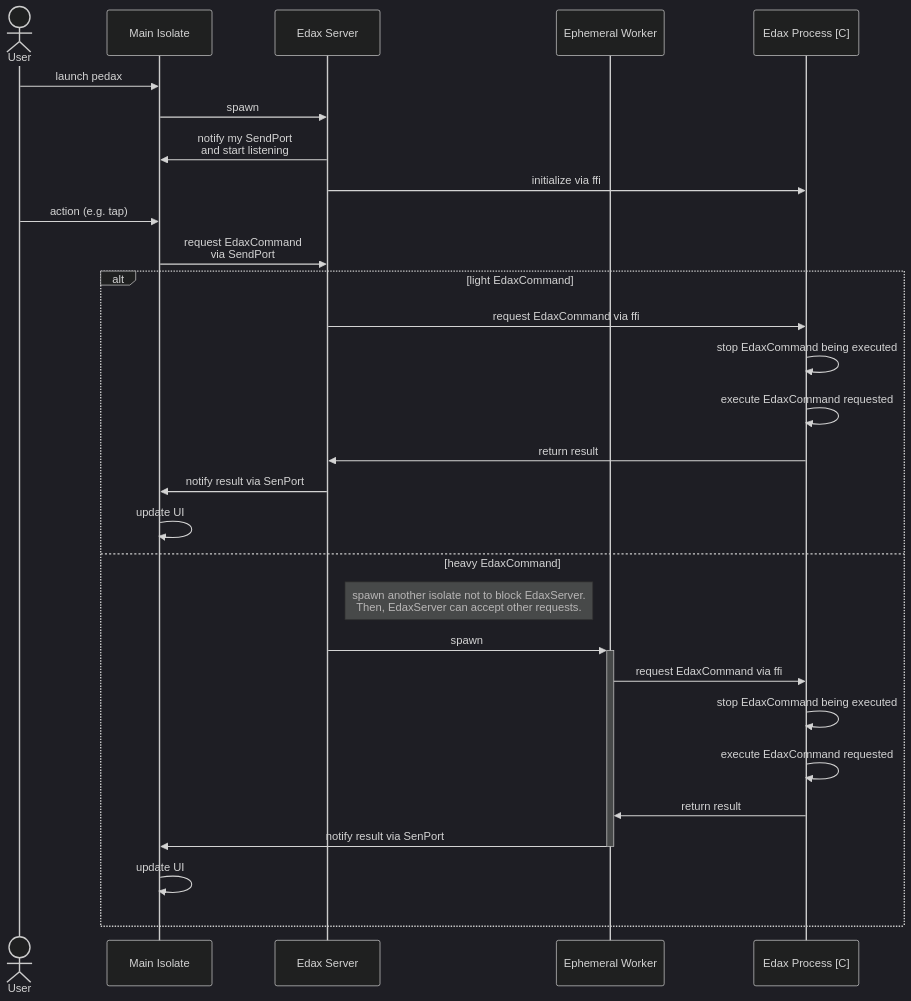
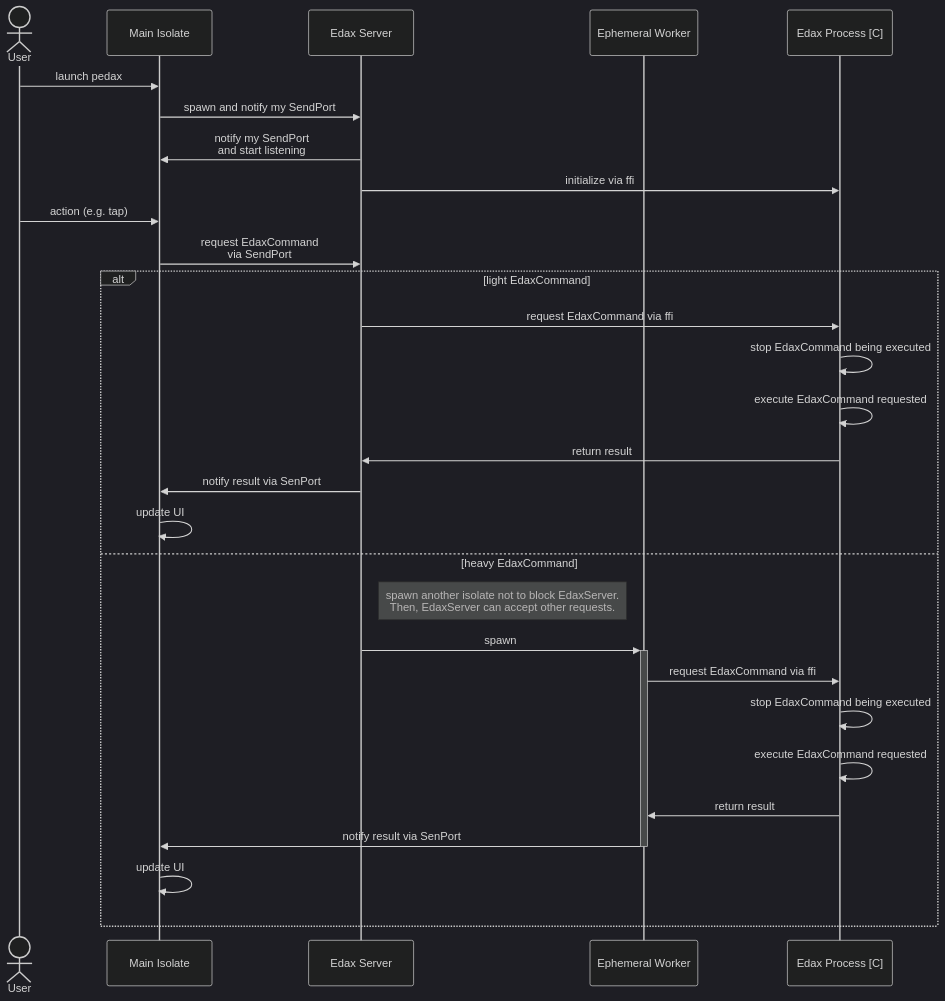
Before and after one commit to sensuikan1973/pedax: the diagram in README.md, drawn with Mermaid (dark theme).

````diff
--- a/README.md
+++ b/README.md
@@ -50,41 +50,41 @@
 ```mermaid
 %% https://mermaid-js.github.io/mermaid/#/sequenceDiagram
 sequenceDiagram
   actor User
   participant MainIsolate as Main Isolate
   participant EdaxServer as Edax Server
   participant EphemeralWorker as Ephemeral Worker
   participant EdaxProcess as Edax Process [C]
 
   link EdaxServer: source @ https://github.com/sensuikan1973/pedax/tree/main/lib/engine
   link EdaxServer: caller @ https://github.com/sensuikan1973/pedax/blob/main/lib/models/board_notifier.dart
   link EphemeralWorker: source @ https://github.com/sensuikan1973/pedax/tree/main/lib/engine
   link EdaxProcess: binding source (Dart) @ https://github.com/sensuikan1973/libedax4dart
   link EdaxProcess: origin source(C) @ https://github.com/sensuikan1973/edax-reversi/tree/libedax_sensuikan1973
 
   User ->> MainIsolate: launch pedax
-  MainIsolate ->> EdaxServer: spawn
+  MainIsolate ->> EdaxServer: spawn and notify my SendPort
   EdaxServer ->> MainIsolate: notify my SendPort<br/>and start listening
   EdaxServer ->> EdaxProcess: initialize via ffi
 
   User ->> MainIsolate: action (e.g. tap)
   MainIsolate ->> EdaxServer: request EdaxCommand<br/>via SendPort
 
   alt light EdaxCommand
     EdaxServer ->> EdaxProcess: request EdaxCommand via ffi
     EdaxProcess ->> EdaxProcess: stop EdaxCommand being executed
     EdaxProcess ->> EdaxProcess: execute EdaxCommand requested
     EdaxProcess ->> EdaxServer: return result
     EdaxServer ->> MainIsolate: notify result via SenPort
     MainIsolate ->> MainIsolate: update UI
   else heavy EdaxCommand
     note right of EdaxServer: spawn another isolate not to block EdaxServer.<br>Then, EdaxServer can accept other requests.
     EdaxServer ->>+ EphemeralWorker: spawn
     EphemeralWorker ->> EdaxProcess: request EdaxCommand via ffi
     EdaxProcess ->> EdaxProcess: stop EdaxCommand being executed
     EdaxProcess ->> EdaxProcess: execute EdaxCommand requested
     EdaxProcess ->> EphemeralWorker: return result
     EphemeralWorker ->>- MainIsolate: notify result via SenPort
     MainIsolate ->> MainIsolate: update UI
   end
 ```
````
